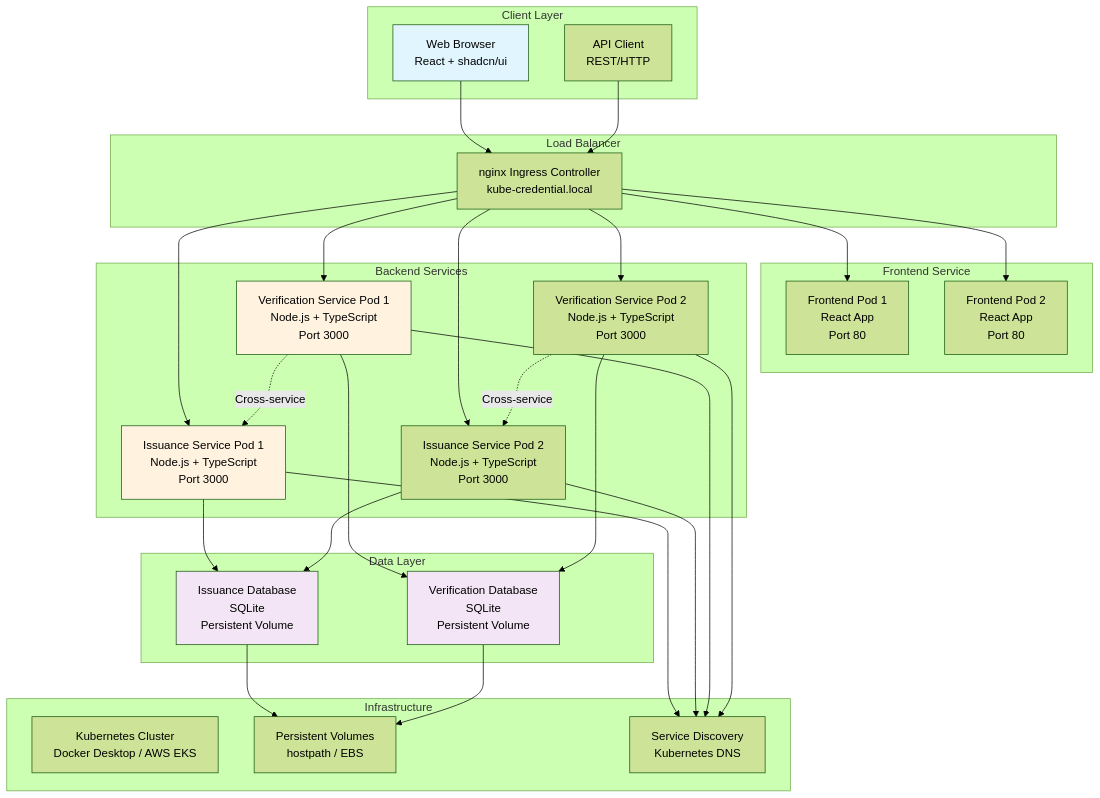
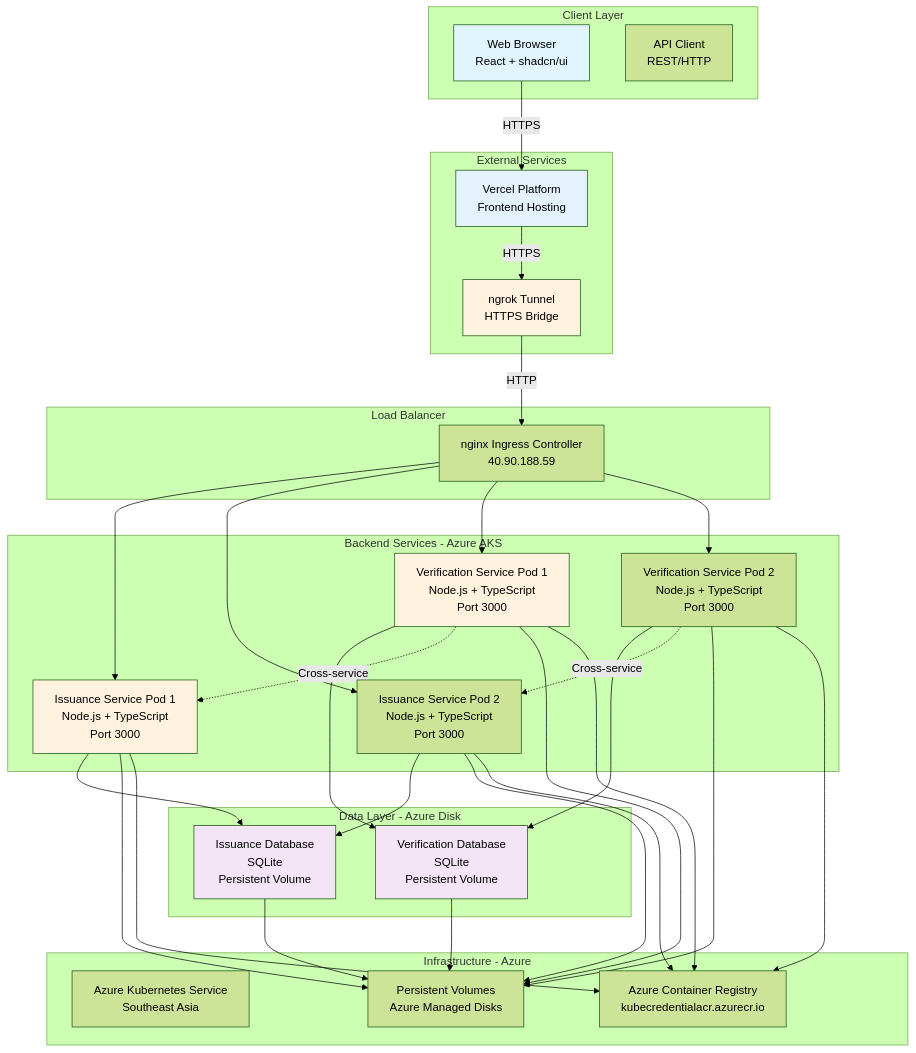
Before and after one commit to Souravbudke/kube-credential: the first of 9 diagrams in ARCHITECTURE.md, drawn with Mermaid (forest theme). The commit also changed other lines of this file and 1 other file, not shown here.

Commit message:
Update documentation to reflect Azure AKS + Vercel architecture

````diff
--- a/ARCHITECTURE.md
+++ b/ARCHITECTURE.md
@@ -28,65 +28,72 @@
 ```mermaid
 graph TB
     subgraph "Client Layer"
         A[Web Browser<br/>React + shadcn/ui]
         B[API Client<br/>REST/HTTP]
     end
-    
+
     subgraph "Load Balancer"
-        C[nginx Ingress Controller<br/>kube-credential.local]
+        C[nginx Ingress Controller<br/>40.90.188.59]
     end
-    
-    subgraph "Frontend Service"
-        D[Frontend Pod 1<br/>React App<br/>Port 80]
-        E[Frontend Pod 2<br/>React App<br/>Port 80]
-    end
-    
-    subgraph "Backend Services"
+
+    subgraph "Backend Services - Azure AKS"
         F[Issuance Service Pod 1<br/>Node.js + TypeScript<br/>Port 3000]
         G[Issuance Service Pod 2<br/>Node.js + TypeScript<br/>Port 3000]
         H[Verification Service Pod 1<br/>Node.js + TypeScript<br/>Port 3000]
         I[Verification Service Pod 2<br/>Node.js + TypeScript<br/>Port 3000]
     end
-    
-    subgraph "Data Layer"
+
+    subgraph "Data Layer - Azure Disk"
         J[Issuance Database<br/>SQLite<br/>Persistent Volume]
         K[Verification Database<br/>SQLite<br/>Persistent Volume]
     end
-    
-    subgraph "Infrastructure"
-        L[Kubernetes Cluster<br/>Docker Desktop / AWS EKS]
-        M[Persistent Volumes<br/>hostpath / EBS]
-        N[Service Discovery<br/>Kubernetes DNS]
+
+    subgraph "Infrastructure - Azure"
+        L[Azure Kubernetes Service<br/>Southeast Asia]
+        M[Azure Container Registry<br/>kubecredentialacr.azurecr.io]
+        N[Persistent Volumes<br/>Azure Managed Disks]
     end
-    
-    A --> C
-    B --> C
-    C --> D
-    C --> E
+
+    subgraph "External Services"
+        O[Vercel Platform<br/>Frontend Hosting]
+        P[ngrok Tunnel<br/>HTTPS Bridge]
+    end
+
+    A -->|HTTPS| O
+    O -->|HTTPS| P
+    P -->|HTTP| C
+
     C --> F
     C --> G
     C --> H
     C --> I
-    
+
     F --> J
     G --> J
     H --> K
     I --> K
-    
+
     H -.->|Cross-service| F
     I -.->|Cross-service| G
-    
+
     F --> N
     G --> N
     H --> N
     I --> N
-    
-    J --> M
-    K --> M
-    
+
+    F --> M
+    G --> M
+    H --> M
+    I --> M
+
+    J --> N
+    K --> N
+
     style A fill:#e1f5fe
     style F fill:#fff3e0
     style H fill:#fff3e0
     style J fill:#f3e5f5
     style K fill:#f3e5f5
+    style O fill:#e3f2fd
+    style P fill:#fff3e0
 ```
````
